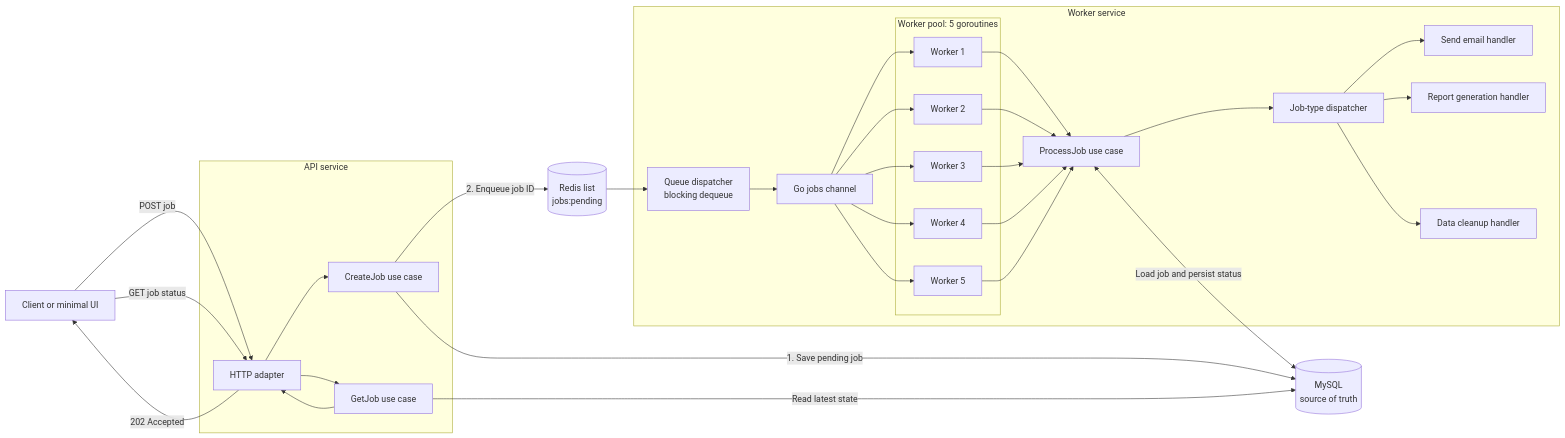
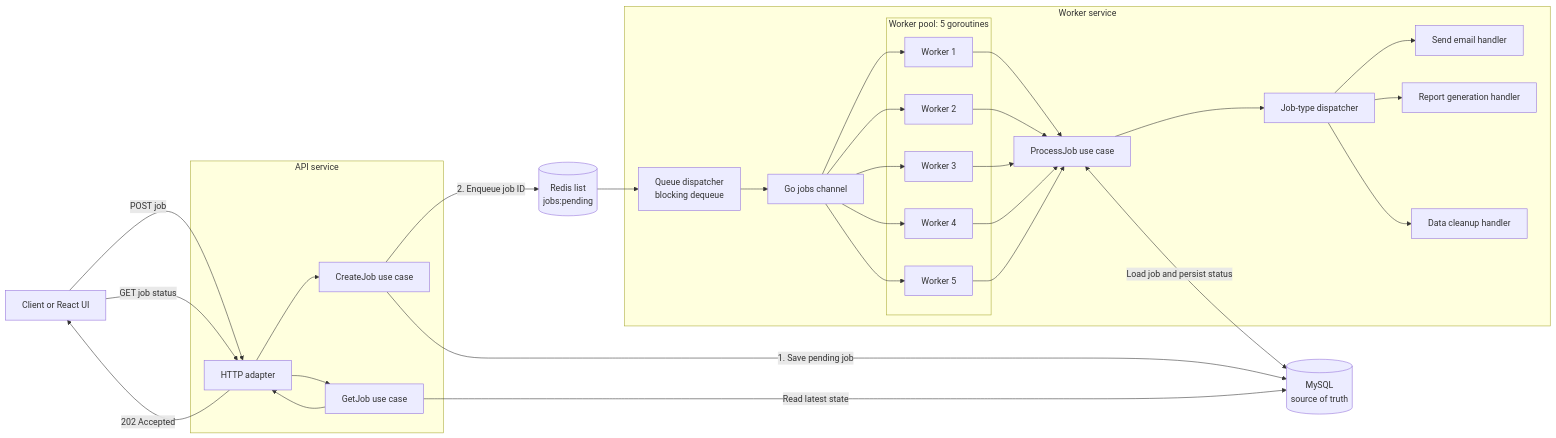
The first of 2 diagrams in README.md (taufMFI4430d/async-job-poc), drawn with Mermaid before and after one commit. The commit also changed other lines of this file and 51 other files, not shown here.

````diff
--- a/README.md
+++ b/README.md
@@ -49,62 +52,62 @@
 ```mermaid
 flowchart LR
-    Client["Client or minimal UI"]
+    Client["Client or React UI"]
 
     subgraph APIService["API service"]
         HTTP["HTTP adapter"]
         CreateJob["CreateJob use case"]
         GetJob["GetJob use case"]
     end
 
     MySQL[("MySQL<br/>source of truth")]
     Redis[("Redis list<br/>jobs:pending")]
 
     subgraph WorkerService["Worker service"]
         Dispatcher["Queue dispatcher<br/>blocking dequeue"]
         Channel["Go jobs channel"]
 
         subgraph Pool["Worker pool: 5 goroutines"]
             W1["Worker 1"]
             W2["Worker 2"]
             W3["Worker 3"]
             W4["Worker 4"]
             W5["Worker 5"]
         end
 
         ProcessJob["ProcessJob use case"]
         Router["Job-type dispatcher"]
         Email["Send email handler"]
         Report["Report generation handler"]
         Cleanup["Data cleanup handler"]
     end
 
     Client -->|"POST job"| HTTP
     HTTP --> CreateJob
     CreateJob -->|"1. Save pending job"| MySQL
     CreateJob -->|"2. Enqueue job ID"| Redis
     HTTP -->|"202 Accepted"| Client
 
     Redis --> Dispatcher
     Dispatcher --> Channel
     Channel --> W1
     Channel --> W2
     Channel --> W3
     Channel --> W4
     Channel --> W5
     W1 --> ProcessJob
     W2 --> ProcessJob
     W3 --> ProcessJob
     W4 --> ProcessJob
     W5 --> ProcessJob
 
     ProcessJob <-->|"Load job and persist status"| MySQL
     ProcessJob --> Router
     Router --> Email
     Router --> Report
     Router --> Cleanup
 
     Client -->|"GET job status"| HTTP
     HTTP --> GetJob
     GetJob -->|"Read latest state"| MySQL
     GetJob --> HTTP
 ```
````
